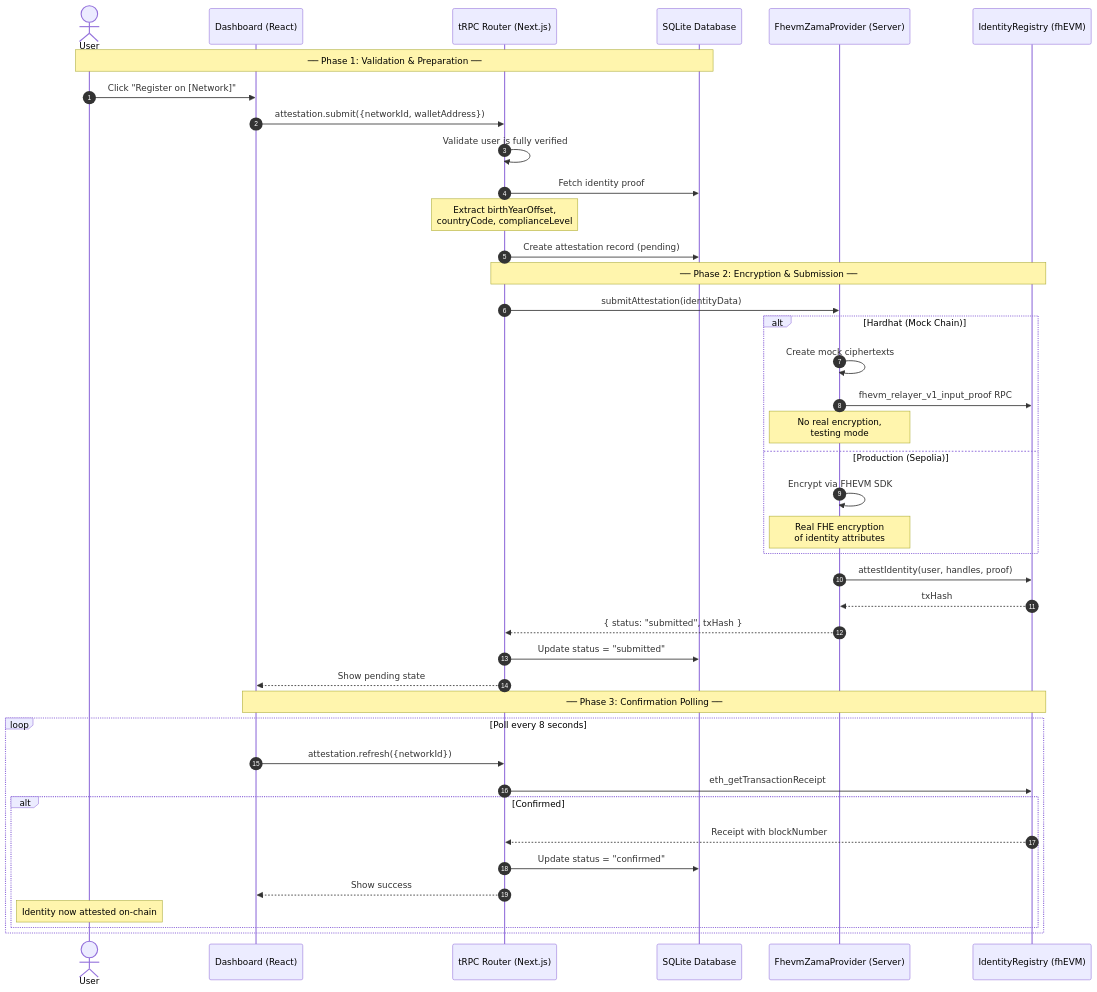
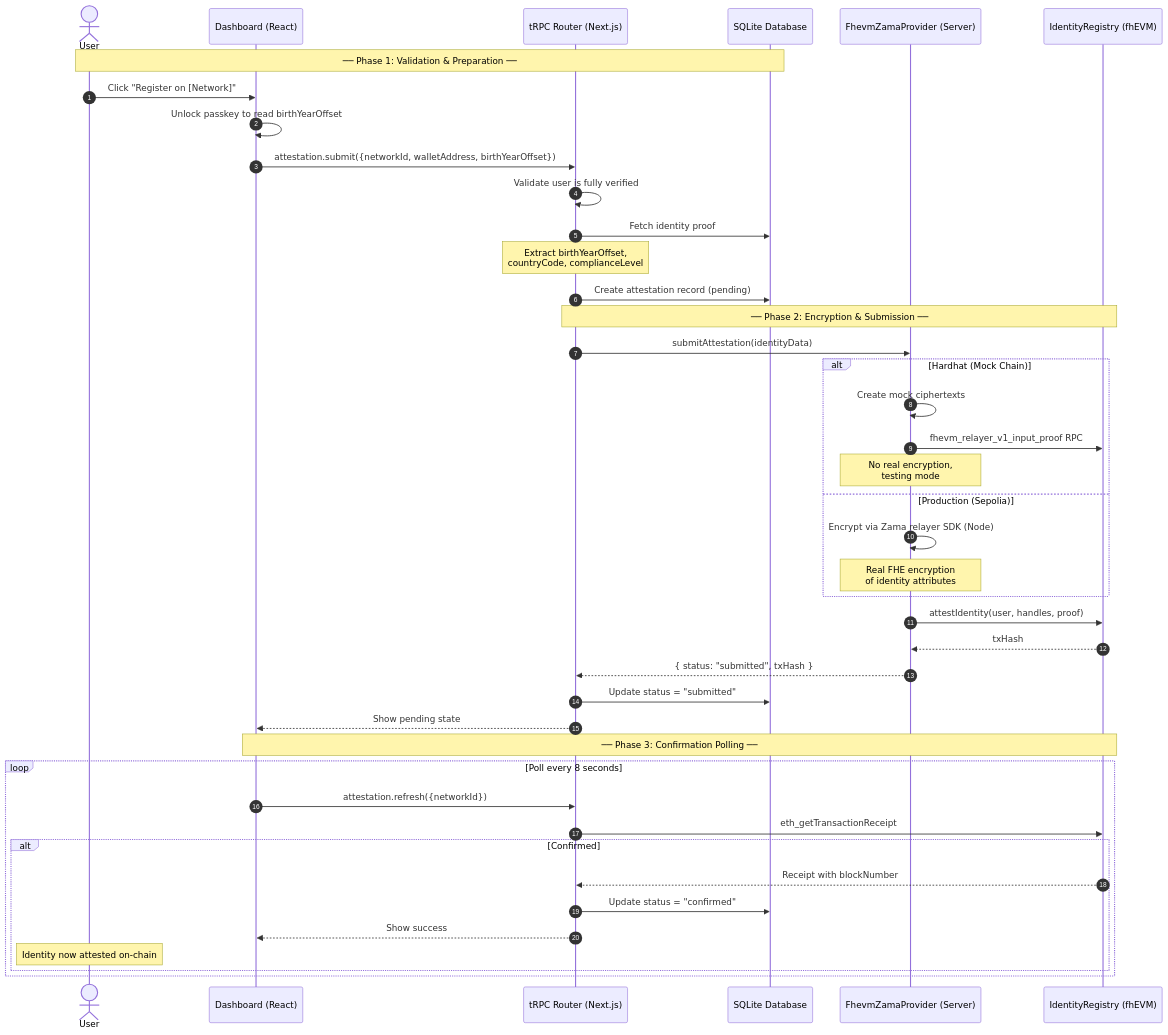
The eighth of 11 diagrams in docs/web3-architecture.md (gustavovalverde/zentity), drawn with Mermaid before and after one commit. The commit also changed other lines of this file and 27 other files, not shown here.

````diff
--- a/docs/web3-architecture.md
+++ b/docs/web3-architecture.md
@@ -632,48 +632,49 @@
 ```mermaid
 sequenceDiagram
     autonumber
     actor User
     participant UI as Dashboard (React)
     participant API as tRPC Router (Next.js)
     participant DB as SQLite Database
     participant P as FhevmZamaProvider (Server)
     participant BC as IdentityRegistry (fhEVM)
 
     Note over User,DB: ── Phase 1: Validation & Preparation ──
     User->>UI: Click "Register on [Network]"
-    UI->>API: attestation.submit({networkId, walletAddress})
+    UI->>UI: Unlock passkey to read birthYearOffset
+    UI->>API: attestation.submit({networkId, walletAddress, birthYearOffset})
     API->>API: Validate user is fully verified
     API->>DB: Fetch identity proof
     Note over API: Extract birthYearOffset,<br/>countryCode, complianceLevel
     API->>DB: Create attestation record (pending)
 
     Note over API,BC: ── Phase 2: Encryption & Submission ──
     API->>P: submitAttestation(identityData)
 
     alt Hardhat (Mock Chain)
         P->>P: Create mock ciphertexts
         P->>BC: fhevm_relayer_v1_input_proof RPC
         Note over P: No real encryption,<br/>testing mode
     else Production (Sepolia)
-        P->>P: Encrypt via FHEVM SDK
+        P->>P: Encrypt via Zama relayer SDK (Node)
         Note over P: Real FHE encryption<br/>of identity attributes
     end
 
     P->>BC: attestIdentity(user, handles, proof)
     BC-->>P: txHash
     P-->>API: { status: "submitted", txHash }
     API->>DB: Update status = "submitted"
     API-->>UI: Show pending state
 
     Note over UI,BC: ── Phase 3: Confirmation Polling ──
     loop Poll every 8 seconds
         UI->>API: attestation.refresh({networkId})
         API->>BC: eth_getTransactionReceipt
         alt Confirmed
             BC-->>API: Receipt with blockNumber
             API->>DB: Update status = "confirmed"
             API-->>UI: Show success
             Note over User: Identity now attested on-chain
         end
     end
 ```
````
